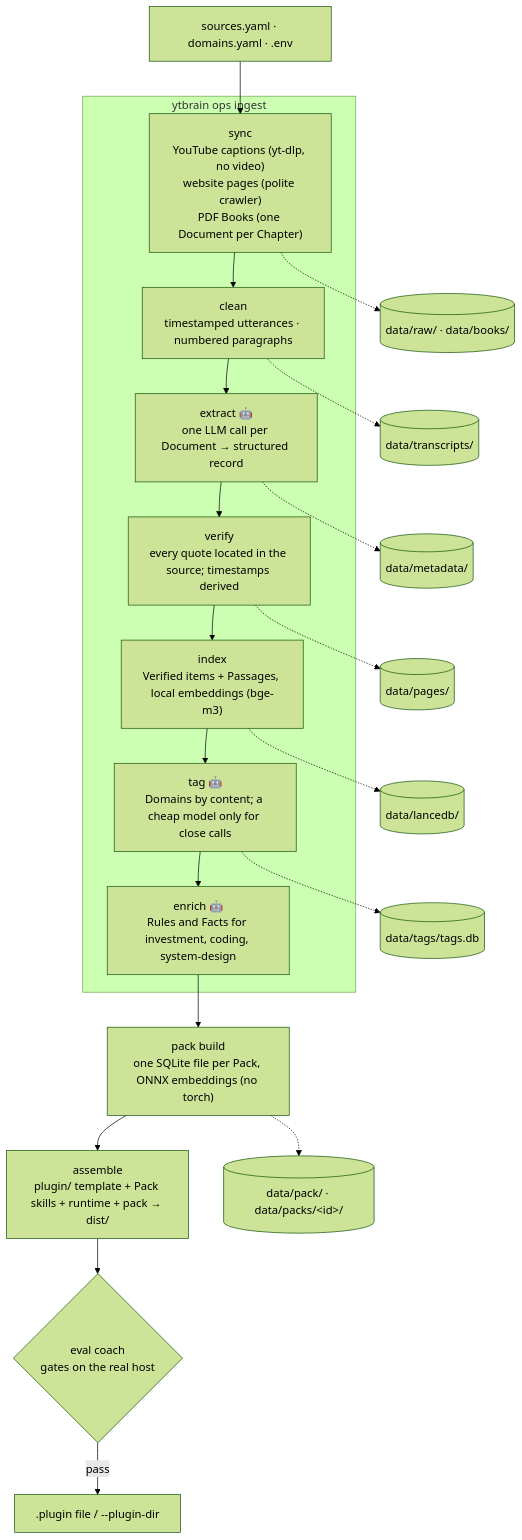
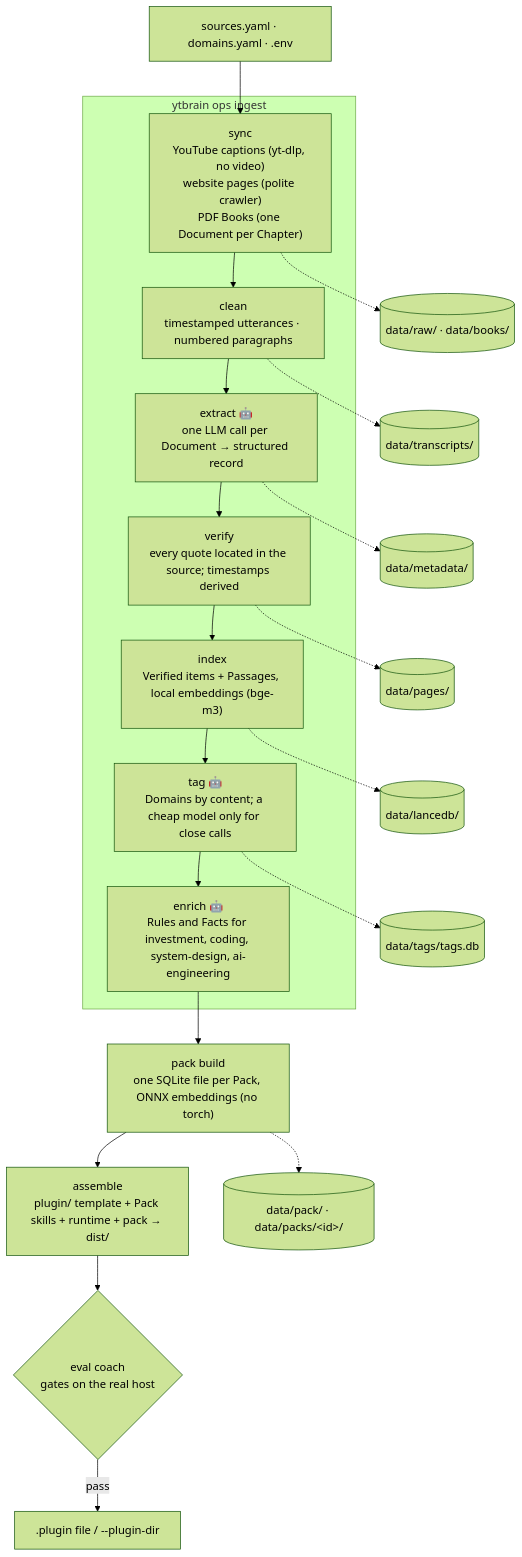
One commit to kaushalag29/Agentic-Coach-Builder changed the first of 4 diagrams in docs/architecture.md. Above: the diagram before and after it, drawn with Mermaid (forest theme). The commit also changed 32 other files, not shown here.

````diff
--- a/docs/architecture.md
+++ b/docs/architecture.md
@@ -28,26 +28,26 @@
 ```mermaid
 flowchart TD
     CFG["sources.yaml · domains.yaml · .env"] --> SYNC
     subgraph ingest["ytbrain ops ingest"]
         SYNC["sync<br/>YouTube captions (yt-dlp, no video)<br/>website pages (polite crawler)<br/>PDF Books (one Document per Chapter)"]
         CLEAN["clean<br/>timestamped utterances · numbered paragraphs"]
         EXTRACT["extract 🤖<br/>one LLM call per Document → structured record"]
         VERIFY["verify<br/>every quote located in the source; timestamps derived"]
         INDEX["index<br/>Verified items + Passages, local embeddings (bge-m3)"]
         TAG["tag 🤖<br/>Domains by content; a cheap model only for close calls"]
-        ENRICH["enrich 🤖<br/>Rules and Facts for investment, coding, system-design"]
+        ENRICH["enrich 🤖<br/>Rules and Facts for investment, coding, system-design, ai-engineering"]
         SYNC --> CLEAN --> EXTRACT --> VERIFY --> INDEX --> TAG --> ENRICH
     end
     ENRICH --> PACK["pack build<br/>one SQLite file per Pack, ONNX embeddings (no torch)"]
     PACK --> ASM["assemble<br/>plugin/ template + Pack skills + runtime + pack → dist/"]
     ASM --> GATES{"eval coach<br/>gates on the real host"}
     GATES -->|pass| SHIP[".plugin file / --plugin-dir"]
 
     SYNC -.-> RAW[("data/raw/ · data/books/")]
     CLEAN -.-> TR[("data/transcripts/")]
     EXTRACT -.-> MD[("data/metadata/")]
     VERIFY -.-> PG[("data/pages/")]
     INDEX -.-> LDB[("data/lancedb/")]
     TAG -.-> TDB[("data/tags/tags.db")]
     PACK -.-> PK[("data/pack/ · data/packs/&lt;id&gt;/")]
 ```
````
